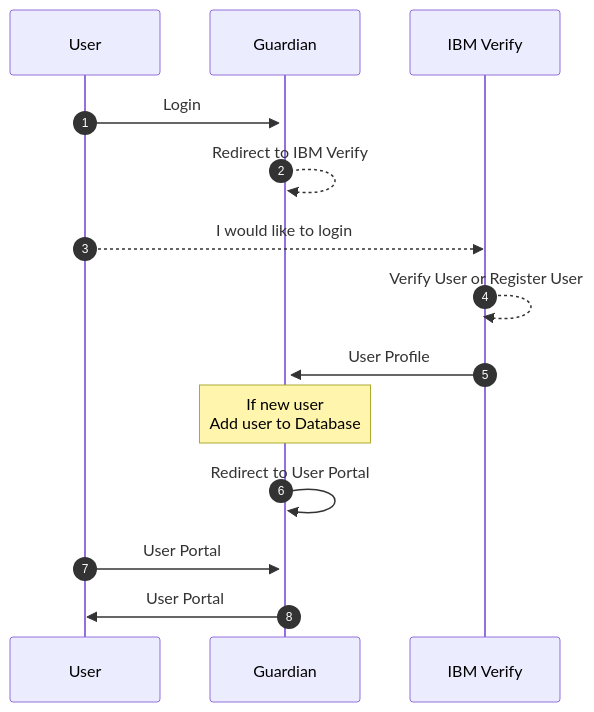
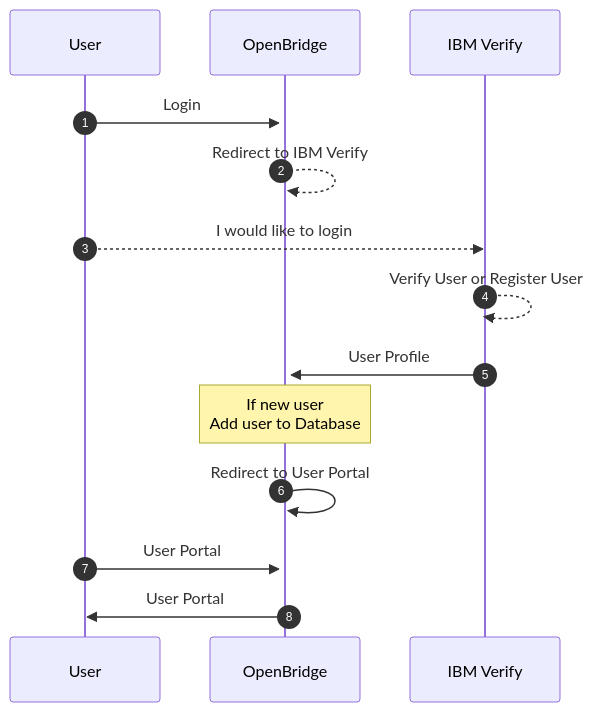
One commit to acceleratedscience/bridge changed the second of 3 diagrams in doc/runbook.md. Above: the diagram before and after it, drawn with Mermaid. The commit also changed other lines of this file and 53 other files, not shown here.

````diff
--- a/doc/runbook.md
+++ b/doc/runbook.md
@@ -28,13 +28,13 @@
 ```mermaid
 sequenceDiagram
 	autonumber
-	User ->>+ Guardian: Login
-	Guardian -->> Guardian: Redirect to IBM Verify
+	User ->>+ OpenBridge: Login
+	OpenBridge -->> OpenBridge: Redirect to IBM Verify
 	User -->> IBM Verify: I would like to login
 	IBM Verify -->> IBM Verify: Verify User or Register User
-	IBM Verify ->> Guardian: User Profile
-	Note over Guardian: If new user<br>Add user to Database
-	Guardian ->> Guardian: Redirect to User Portal
-	User ->> Guardian: User Portal
-	Guardian ->> User: User Portal
+	IBM Verify ->> OpenBridge: User Profile
+	Note over OpenBridge: If new user<br>Add user to Database
+	OpenBridge ->> OpenBridge: Redirect to User Portal
+	User ->> OpenBridge: User Portal
+	OpenBridge ->> User: User Portal
 ```
````
